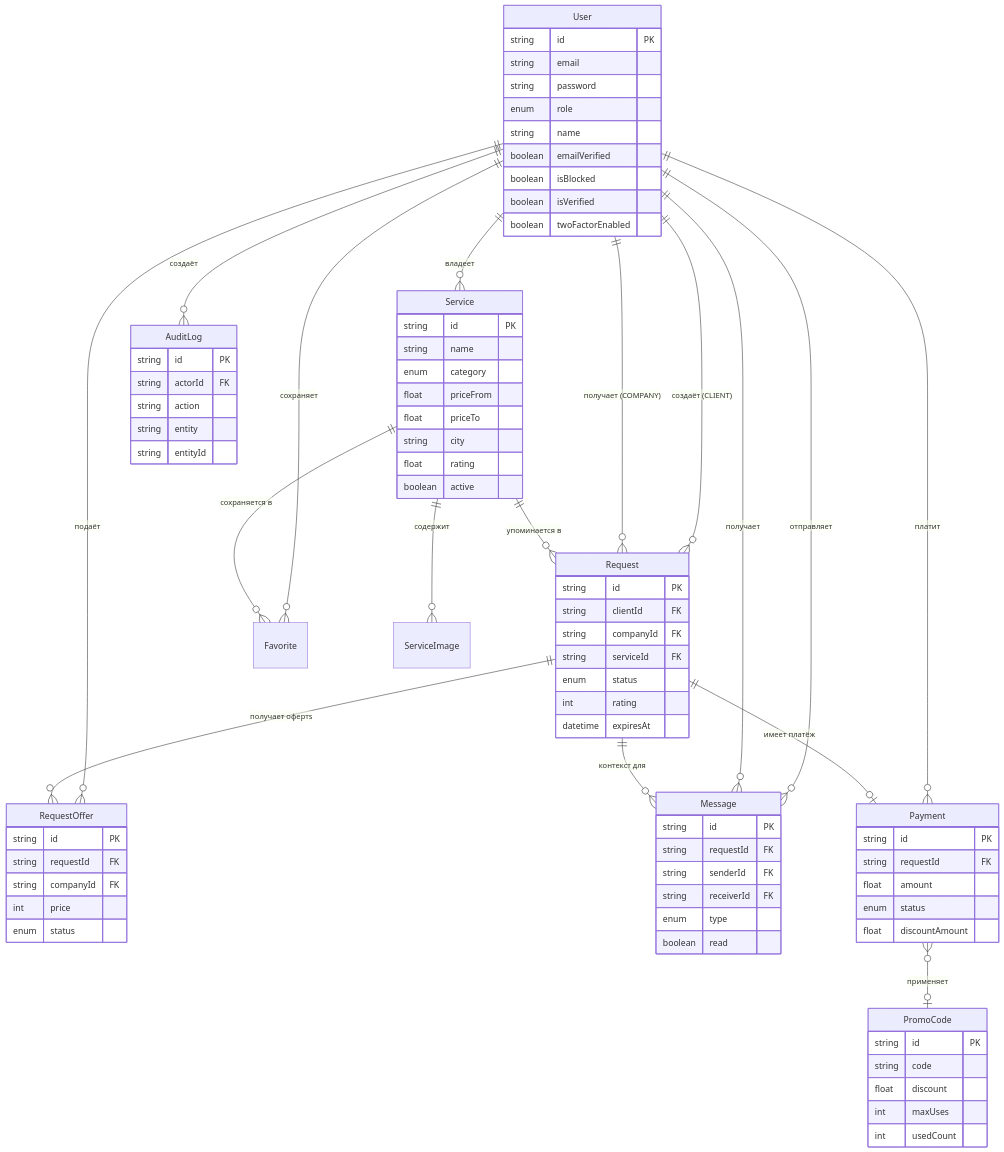
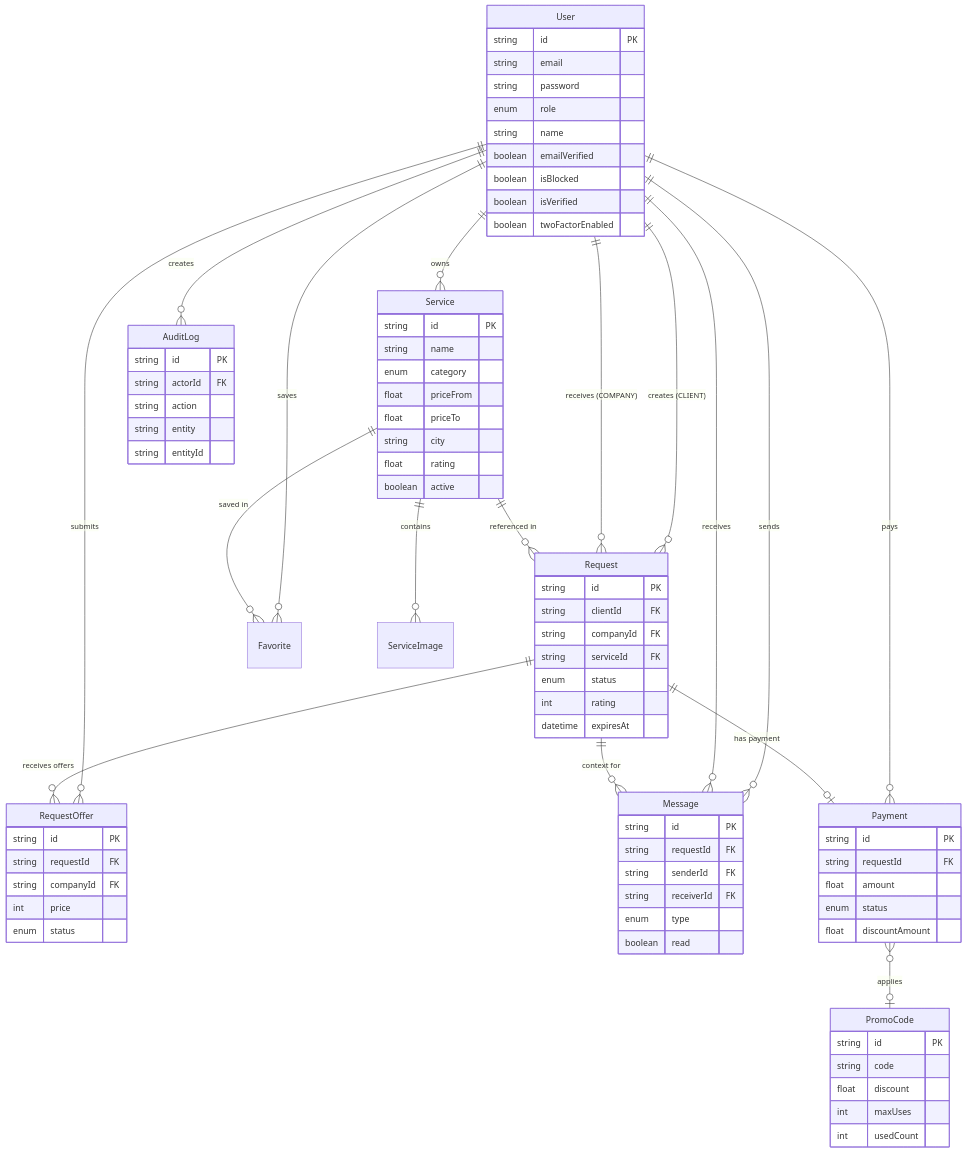
The first of 10 diagrams in diploma.md (Asanali2077/remont_kz), drawn with Mermaid before and after one commit. The commit also changed other lines of this file and 2 other files, not shown here.

````diff
--- a/diploma.md
+++ b/diploma.md
@@ -1038,24 +1175,24 @@
 ```mermaid
 erDiagram
-    User ||--o{ Service : "владеет"
-    User ||--o{ Request : "создаёт (CLIENT)"
-    User ||--o{ Request : "получает (COMPANY)"
-    User ||--o{ RequestOffer : "подаёт"
-    User ||--o{ Message : "отправляет"
-    User ||--o{ Message : "получает"
-    User ||--o{ Favorite : "сохраняет"
-    User ||--o{ Payment : "платит"
-    User ||--o{ AuditLog : "создаёт"
+    User ||--o{ Service : "owns"
+    User ||--o{ Request : "creates (CLIENT)"
+    User ||--o{ Request : "receives (COMPANY)"
+    User ||--o{ RequestOffer : "submits"
+    User ||--o{ Message : "sends"
+    User ||--o{ Message : "receives"
+    User ||--o{ Favorite : "saves"
+    User ||--o{ Payment : "pays"
+    User ||--o{ AuditLog : "creates"
 
-    Service ||--o{ ServiceImage : "содержит"
-    Service ||--o{ Request : "упоминается в"
-    Service ||--o{ Favorite : "сохраняется в"
+    Service ||--o{ ServiceImage : "contains"
+    Service ||--o{ Request : "referenced in"
+    Service ||--o{ Favorite : "saved in"
 
-    Request ||--o{ RequestOffer : "получает офертs"
-    Request ||--o{ Message : "контекст для"
-    Request ||--o| Payment : "имеет платёж"
+    Request ||--o{ RequestOffer : "receives offers"
+    Request ||--o{ Message : "context for"
+    Request ||--o| Payment : "has payment"
 
-    Payment }o--o| PromoCode : "применяет"
+    Payment }o--o| PromoCode : "applies"
 
     User {
         string id PK
````
